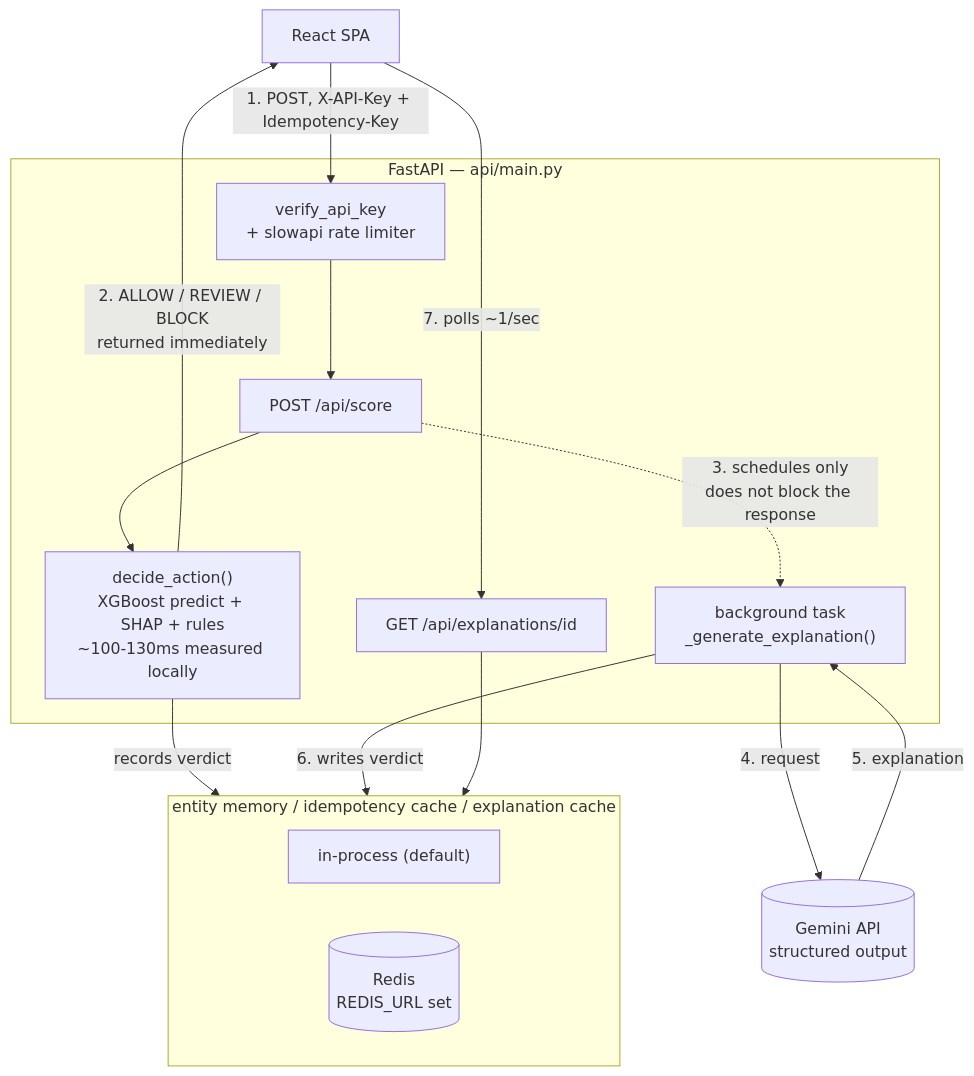
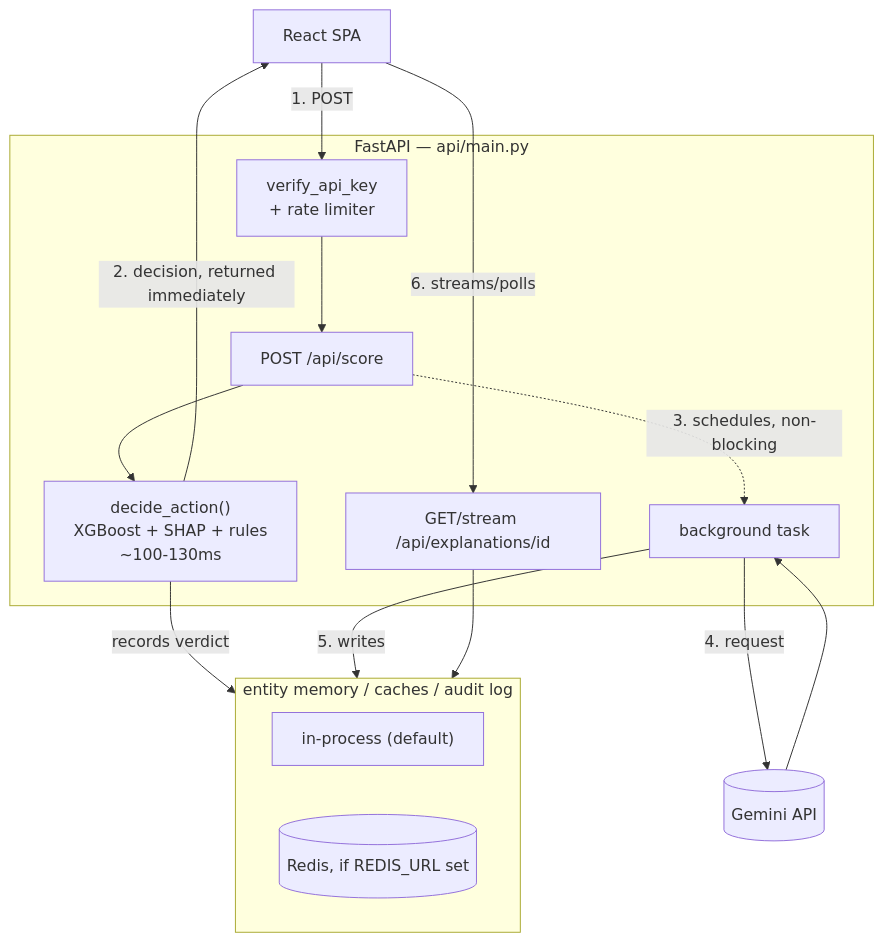
The diagram in README.md (Jayant2901/fraud-risk-explainer), drawn with Mermaid before and after one commit. The commit also changed other lines of this file, not shown here.

````diff
--- a/README.md
+++ b/README.md
@@ -765,32 +170,28 @@
 ```mermaid
 flowchart TD
     FE["React SPA"]
 
     subgraph API["FastAPI — api/main.py"]
-        AUTH["verify_api_key<br/>+ slowapi rate limiter"]
+        AUTH["verify_api_key<br/>+ rate limiter"]
         SCORE["POST /api/score"]
-        DECIDE["decide_action()<br/>XGBoost predict + SHAP + rules<br/>~100-130ms measured locally"]
-        EXPL["GET /api/explanations/id"]
-        BG["background task<br/>_generate_explanation()"]
+        DECIDE["decide_action()<br/>XGBoost + SHAP + rules<br/>~100-130ms"]
+        EXPL["GET/stream /api/explanations/id"]
+        BG["background task"]
     end
 
-    GEMINI[("Gemini API<br/>structured output")]
+    GEMINI[("Gemini API")]
 
-    subgraph STATE["entity memory / idempotency cache / explanation cache"]
+    subgraph STATE["entity memory / caches / audit log"]
         direction LR
         INPROC["in-process (default)"]
-        REDIS[("Redis<br/>REDIS_URL set")]
+        REDIS[("Redis, if REDIS_URL set")]
     end
 
-    FE -- "1. POST, X-API-Key + Idempotency-Key" --> AUTH
-    AUTH --> SCORE
-    SCORE --> DECIDE
-    DECIDE -- "2. ALLOW / REVIEW / BLOCK<br/>returned immediately" --> FE
+    FE -- "1. POST" --> AUTH --> SCORE --> DECIDE
+    DECIDE -- "2. decision, returned immediately" --> FE
     DECIDE -- "records verdict" --> STATE
-    SCORE -. "3. schedules only<br/>does not block the response" .-> BG
-    BG -- "4. request" --> GEMINI
-    GEMINI -- "5. explanation" --> BG
-    BG -- "6. writes verdict" --> STATE
-    FE -- "7. polls ~1/sec" --> EXPL
-    EXPL --> STATE
+    SCORE -. "3. schedules, non-blocking" .-> BG
+    BG -- "4. request" --> GEMINI --> BG
+    BG -- "5. writes" --> STATE
+    FE -- "6. streams/polls" --> EXPL --> STATE
 ```
````
